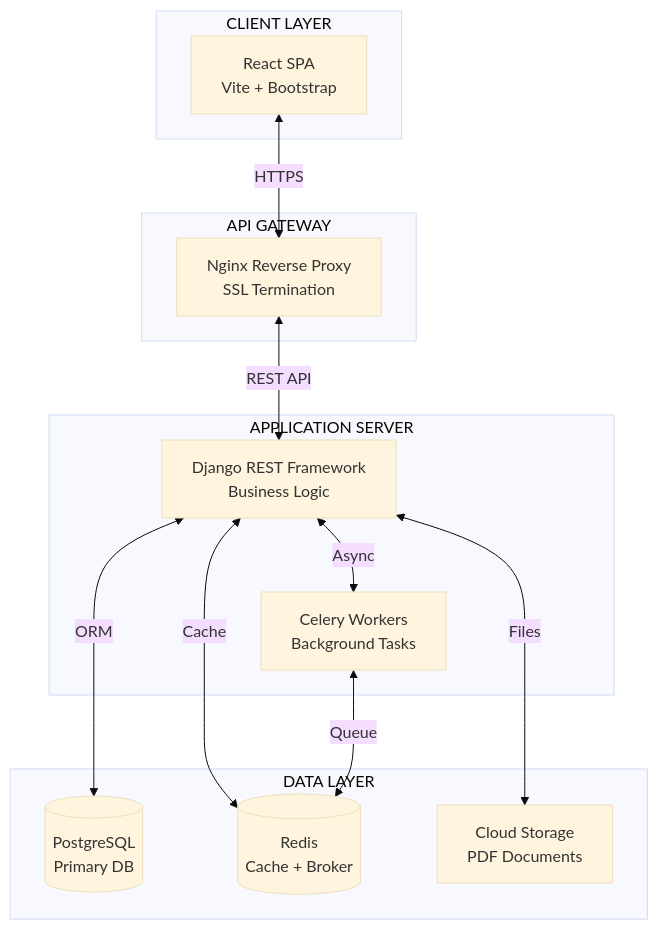
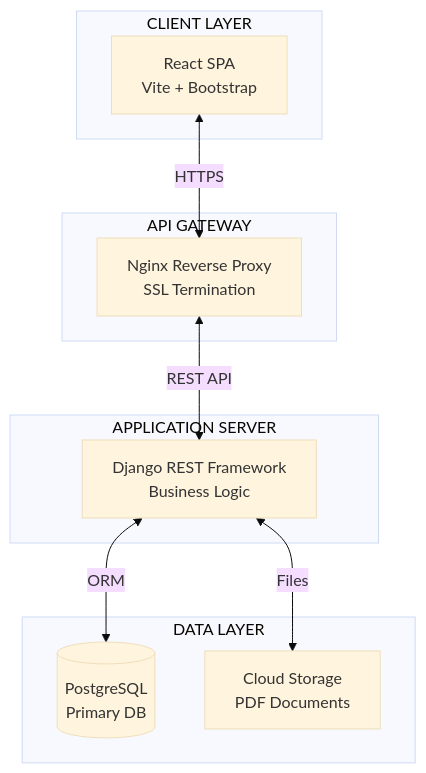
One commit to Lagmouchyoussef/PFE-Navigator changed the first of 12 diagrams in README.md. Above: the diagram before and after it, drawn with Mermaid (base theme). The commit also changed other lines of this file, not shown here.

````diff
--- a/README.md
+++ b/README.md
@@ -38,29 +38,24 @@
 ```mermaid
 graph TB
     subgraph "CLIENT LAYER"
         UI[React SPA<br/>Vite + Bootstrap]
     end
     
     subgraph "API GATEWAY"
         NGINX[Nginx Reverse Proxy<br/>SSL Termination]
     end
     
     subgraph "APPLICATION SERVER"
         Django[Django REST Framework<br/>Business Logic]
-        Celery[Celery Workers<br/>Background Tasks]
     end
     
     subgraph "DATA LAYER"
         PG[(PostgreSQL<br/>Primary DB)]
-        REDIS[(Redis<br/>Cache + Broker)]
         STORAGE[Cloud Storage<br/>PDF Documents]
     end
     
     UI <-- HTTPS --> NGINX
     NGINX <-- REST API --> Django
-    Django <-- Async --> Celery
     Django <-- ORM --> PG
-    Django <-- Cache --> REDIS
     Django <-- Files --> STORAGE
-    Celery <-- Queue --> REDIS
 ```
````
